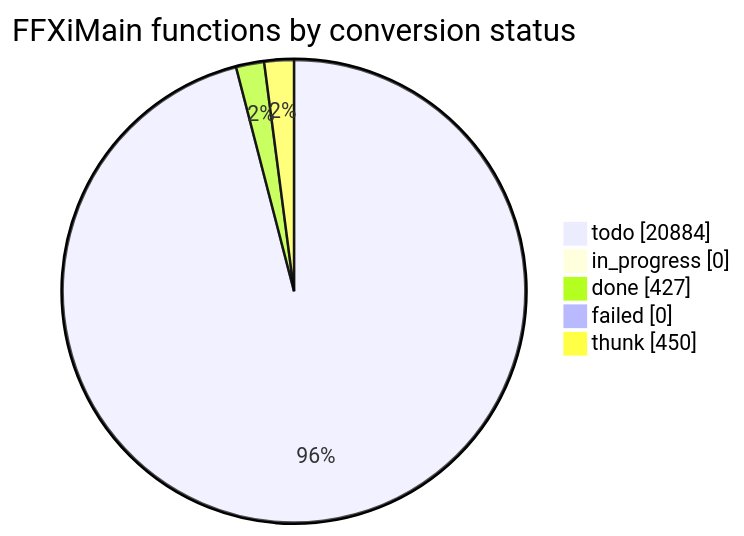
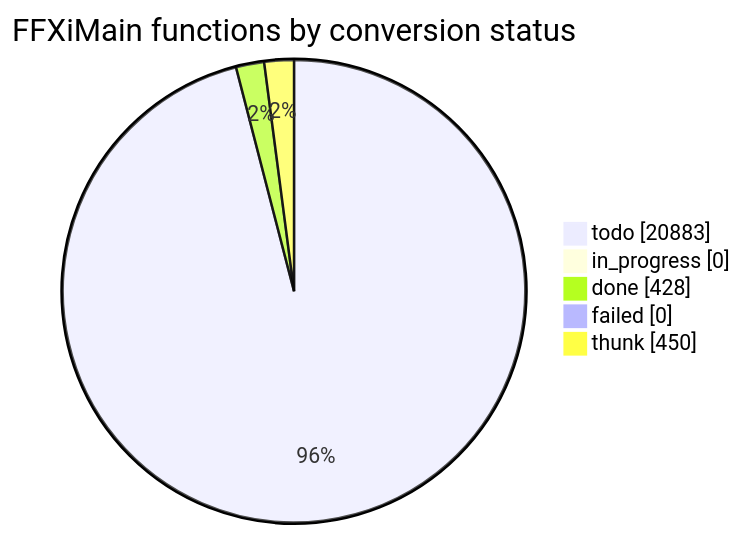
One commit to cowrevenge/cow_kuluu_xi_anything changed the diagram in docs/cow/STATUS.md. Above: the diagram before and after it, drawn with Mermaid. The commit also changed other lines of this file and 9 other files, not shown here.

````diff
--- a/docs/cow/STATUS.md
+++ b/docs/cow/STATUS.md
@@ -18,9 +18,9 @@
 ```mermaid
 pie showData
     title FFXiMain functions by conversion status
-    "todo" : 20884
+    "todo" : 20883
     "in_progress" : 0
-    "done" : 427
+    "done" : 428
     "failed" : 0
     "thunk" : 450
 ```
````
